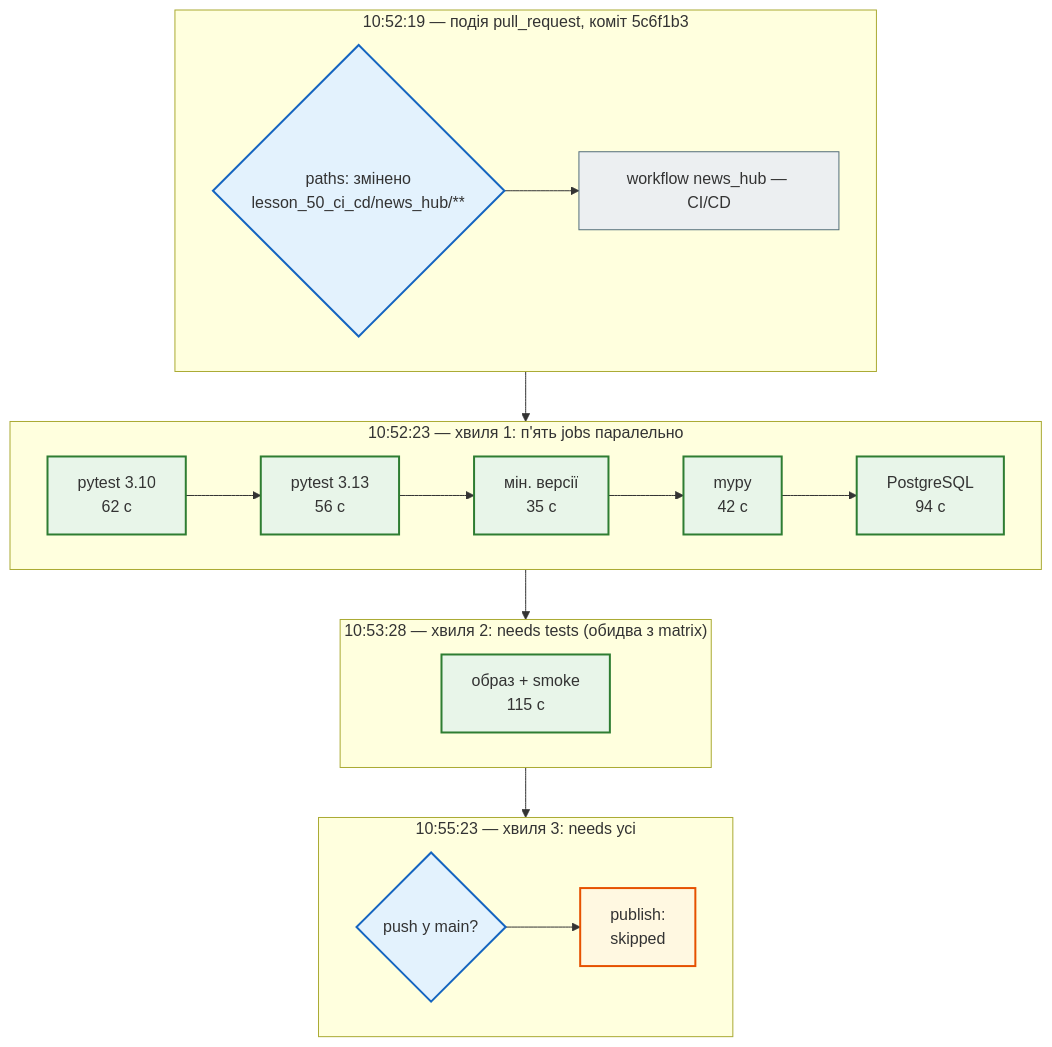
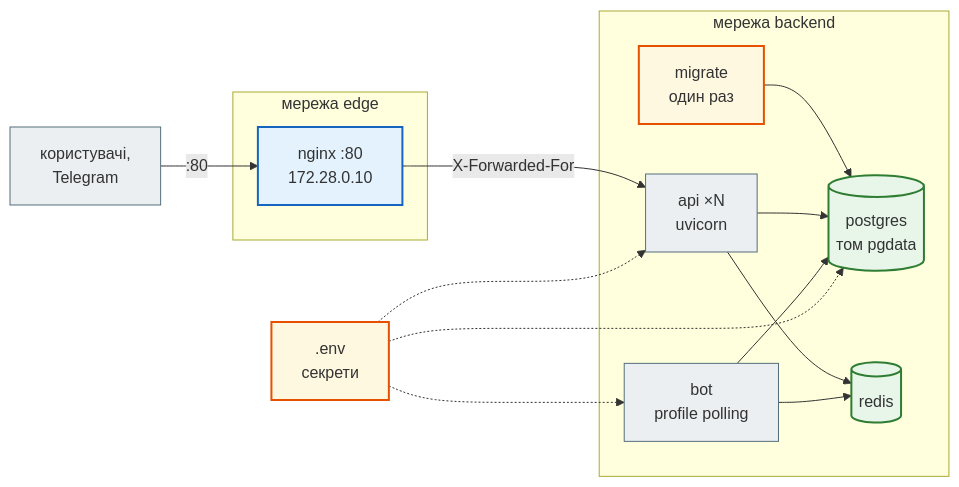
The fourth of 5 diagrams in docs/modules/m5/lesson_50.md (AlinaRadchenko/PY-Course-Victor-Nikoriak-22-09-2026), drawn with Mermaid before and after one commit. The commit also changed other lines of this file and 1846 other files, not shown here.

````diff
--- a/docs/modules/m5/lesson_50.md
+++ b/docs/modules/m5/lesson_50.md
@@ -272,31 +624,37 @@
 ```mermaid
-flowchart TD
+graph LR
     classDef step     fill:#eceff1,stroke:#546e7a,stroke-width:1px;
     classDef decision fill:#e3f2fd,stroke:#1565c0,stroke-width:2px;
     classDef success  fill:#e8f5e9,stroke:#2e7d32,stroke-width:2px;
     classDef error    fill:#ffebee,stroke:#c62828,stroke-width:3px;
     classDef warning  fill:#fff8e1,stroke:#e65100,stroke-width:2px;
 
-    subgraph T0["10:52:19 — подія pull_request, коміт 5c6f1b3"]
-        direction LR
-        P0{"paths: змінено<br>lesson_50_ci_cd/news_hub/**"} --> Q0["workflow news_hub — CI/CD"]
+    U["користувачі,<br>Telegram"]
+    subgraph EDGE["мережа edge"]
+        NG["nginx :80<br>172.28.0.10"]
     end
-    subgraph T1["10:52:23 — хвиля 1: п'ять jobs паралельно"]
-        direction LR
-        A1["pytest 3.10<br>62 с"] --> B1["pytest 3.13<br>56 с"] --> C1["мін. версії<br>35 с"] --> D1["mypy<br>42 с"] --> E1["PostgreSQL<br>94 с"]
+    subgraph BACK["мережа backend"]
+        API["api ×N<br>uvicorn"]
+        MIG["migrate<br>один раз"]
+        BOT["bot<br>profile polling"]
+        PG[("postgres<br>том pgdata")]
+        RD[("redis")]
     end
-    subgraph T2["10:53:28 — хвиля 2: needs tests (обидва з matrix)"]
-        direction LR
-        F2["образ + smoke<br>115 с"]
-    end
-    subgraph T3["10:55:23 — хвиля 3: needs усі"]
-        direction LR
-        G3{"push у main?"} --> H3["publish:<br>skipped"]
-    end
-    T0 --> T1 --> T2 --> T3
+    ENV[".env<br>секрети"]
+    U -->|":80"| NG -->|"X-Forwarded-For"| API
+    MIG --> PG
+    API --> PG
+    API --> RD
+    BOT --> PG
+    BOT --> RD
+    ENV -.-> API
+    ENV -.-> BOT
+    ENV -.-> PG
 
-    class P0,G3 decision
-    class Q0 step
-    class A1,B1,C1,D1,E1,F2 success
-    class H3 warning
+    class NG decision
+    class API,BOT step
+    class MIG warning
+    class PG,RD success
+    class ENV warning
+    class U step
 ```
````
